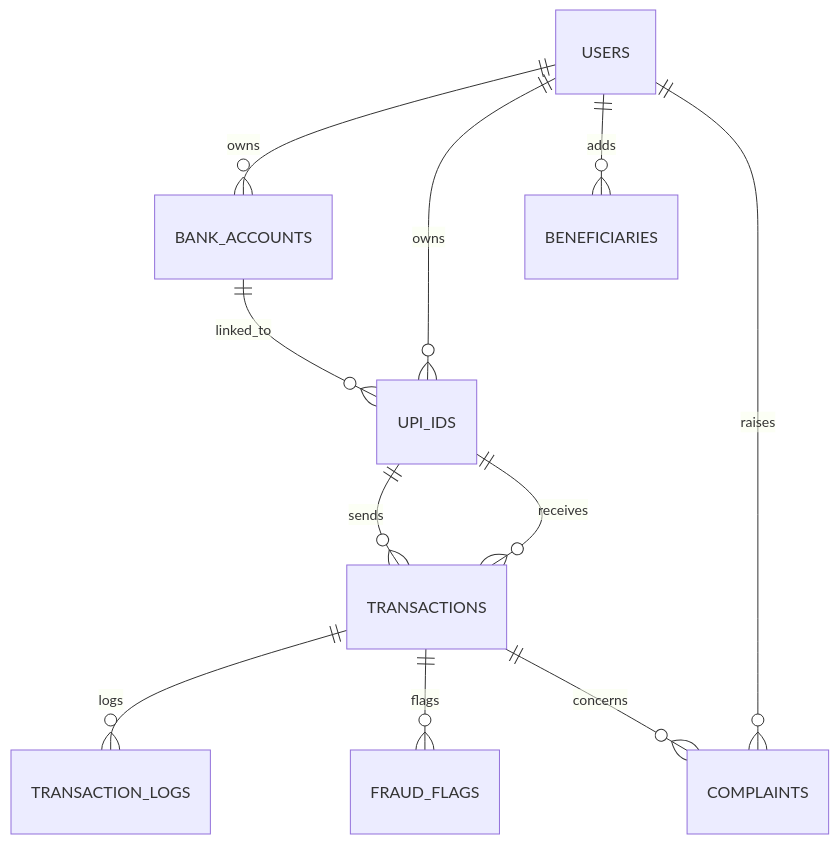
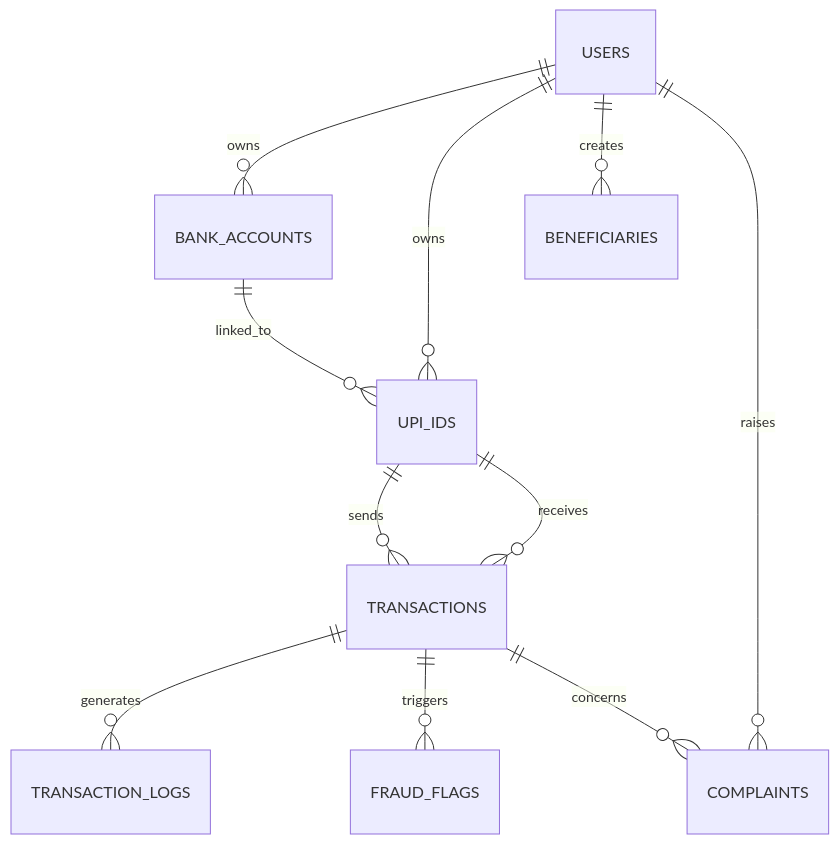
The third of 3 diagrams in README.md (Er-Ishan-Srivastav/PayFlow-UPI-Management-System), drawn with Mermaid before and after one commit. The commit also changed other lines of this file, not shown here.

````diff
--- a/README.md
+++ b/README.md
@@ -113,13 +206,16 @@
 ```mermaid
 erDiagram
     USERS ||--o{ BANK_ACCOUNTS : owns
     USERS ||--o{ UPI_IDS : owns
-    USERS ||--o{ BENEFICIARIES : adds
+    USERS ||--o{ BENEFICIARIES : creates
     USERS ||--o{ COMPLAINTS : raises
+
     BANK_ACCOUNTS ||--o{ UPI_IDS : linked_to
+
     UPI_IDS ||--o{ TRANSACTIONS : sends
     UPI_IDS ||--o{ TRANSACTIONS : receives
-    TRANSACTIONS ||--o{ TRANSACTION_LOGS : logs
-    TRANSACTIONS ||--o{ FRAUD_FLAGS : flags
+
+    TRANSACTIONS ||--o{ TRANSACTION_LOGS : generates
+    TRANSACTIONS ||--o{ FRAUD_FLAGS : triggers
     TRANSACTIONS ||--o{ COMPLAINTS : concerns
 ```
````
